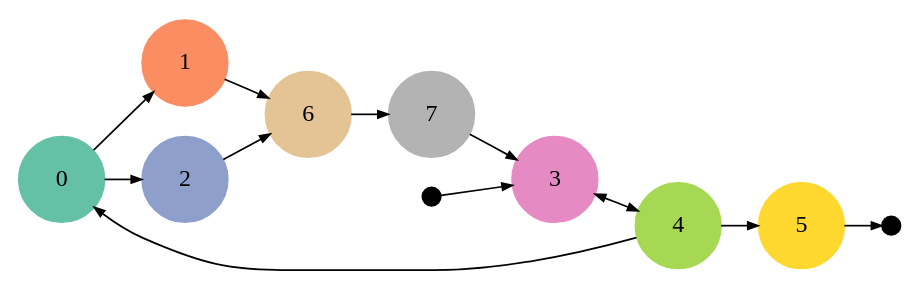
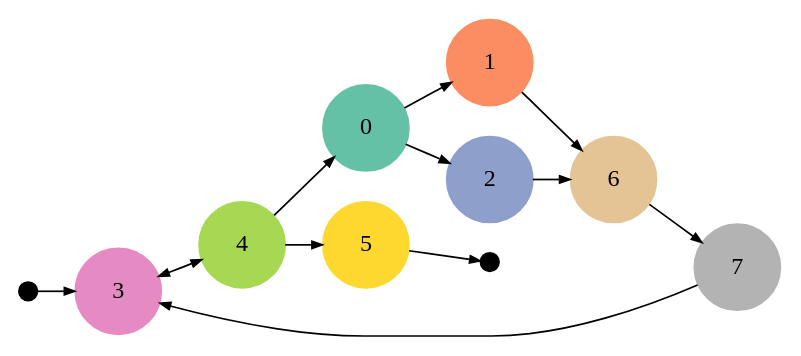
Before and after one commit to bzamecnik/music-viz: the diagram in hladova-zed/hladova-zed-8-gram-state-diagram.gv, drawn with Graphviz. The commit also changed other lines of this file and 4 other files, not shown here.

Commit message:
Change the graph node ordering - by first appearance in the sequence.

```diff
--- a/hladova-zed/hladova-zed-8-gram-state-diagram.gv
+++ b/hladova-zed/hladova-zed-8-gram-state-diagram.gv
@@ -1,28 +1,28 @@
 digraph {
 	graph [concentrate=true margin=0.2 nodesep=0.25 rankdir=LR ranksep=0.3]
 	node [fixedsize=true height=0.7 shape=circle width=0.7]
 	edge [arrowsize=0.6]
+		3 [color="0.897074, 0.400017, 0.903114" style=filled]
+		4 [color="0.228786, 0.612469, 0.847090" style=filled]
 		0 [color="0.447464, 0.474227, 0.760784" style=filled]
 		1 [color="0.047140, 0.605219, 0.981315" style=filled]
-		2 [color="0.616461, 0.303572, 0.795955" style=filled]
-		3 [color="0.897074, 0.400017, 0.903114" style=filled]
-		4 [color="0.228786, 0.612469, 0.847090" style=filled]
-		5 [color="0.136423, 0.814864, 0.998631" style=filled]
 		6 [color="0.098765, 0.350451, 0.895732" style=filled]
 		7 [color="0.000000, 0.000000, 0.701961" style=filled]
+		2 [color="0.616461, 0.303572, 0.795955" style=filled]
+		5 [color="0.136423, 0.814864, 0.998631" style=filled]
 			0 -> 1
 			0 -> 2
 			1 -> 6
 			2 -> 6
 			3 -> 4
 			4 -> 0
 			4 -> 3
 			4 -> 5
 			6 -> 7
 			7 -> 3
 		node [shape=point width=0.15]
 		start [label=""]
 			start -> 3
 		end [label=""]
 			5 -> end
 }
```
